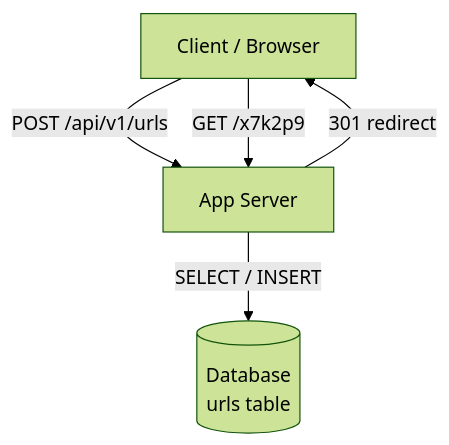
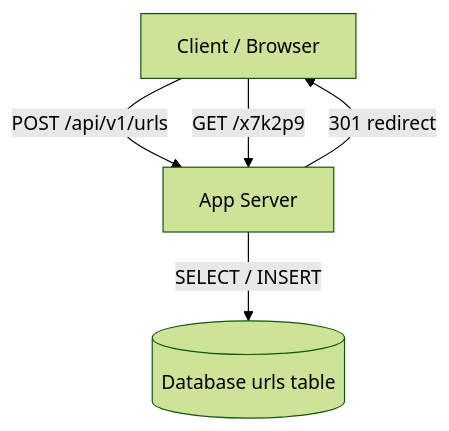
Before and after one commit to Dummy-Bug/system-design-handbook: the third of 3 diagrams in System Design/SDE2/11-Case-Studies/01-URL-Shortener/05-Base-Architecture/09-Architecture.md, drawn with Mermaid (forest theme). The commit also changed 13 other files, not shown here.

````diff
--- a/System Design/SDE2/11-Case-Studies/01-URL-Shortener/05-Base-Architecture/09-Architecture.md
+++ b/System Design/SDE2/11-Case-Studies/01-URL-Shortener/05-Base-Architecture/09-Architecture.md
@@ -106,7 +106,7 @@
 ```mermaid
 graph TD
     C[Client / Browser] -->|POST /api/v1/urls| AS[App Server]
     C -->|GET /x7k2p9| AS
-    AS -->|SELECT / INSERT| DB[(Database\nurls table)]
+    AS -->|SELECT / INSERT| DB[(Database urls table)]
     AS -->|301 redirect| C
 ```
````
